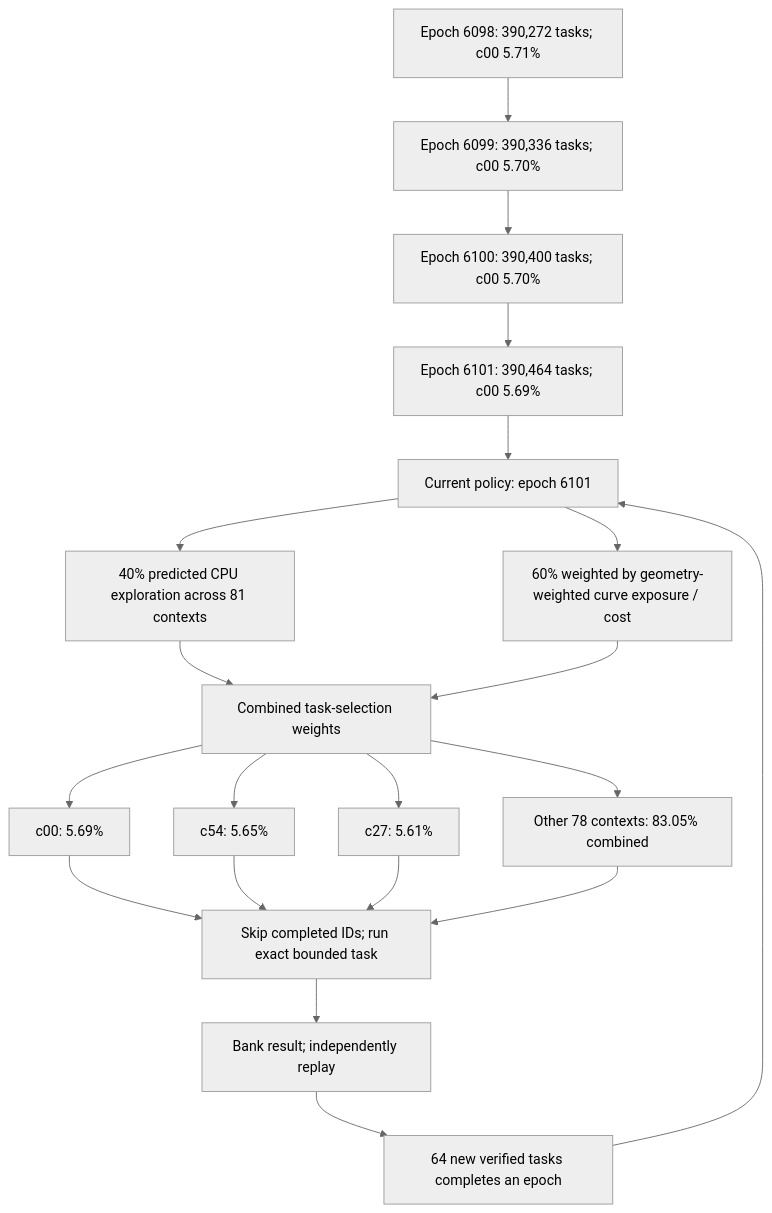
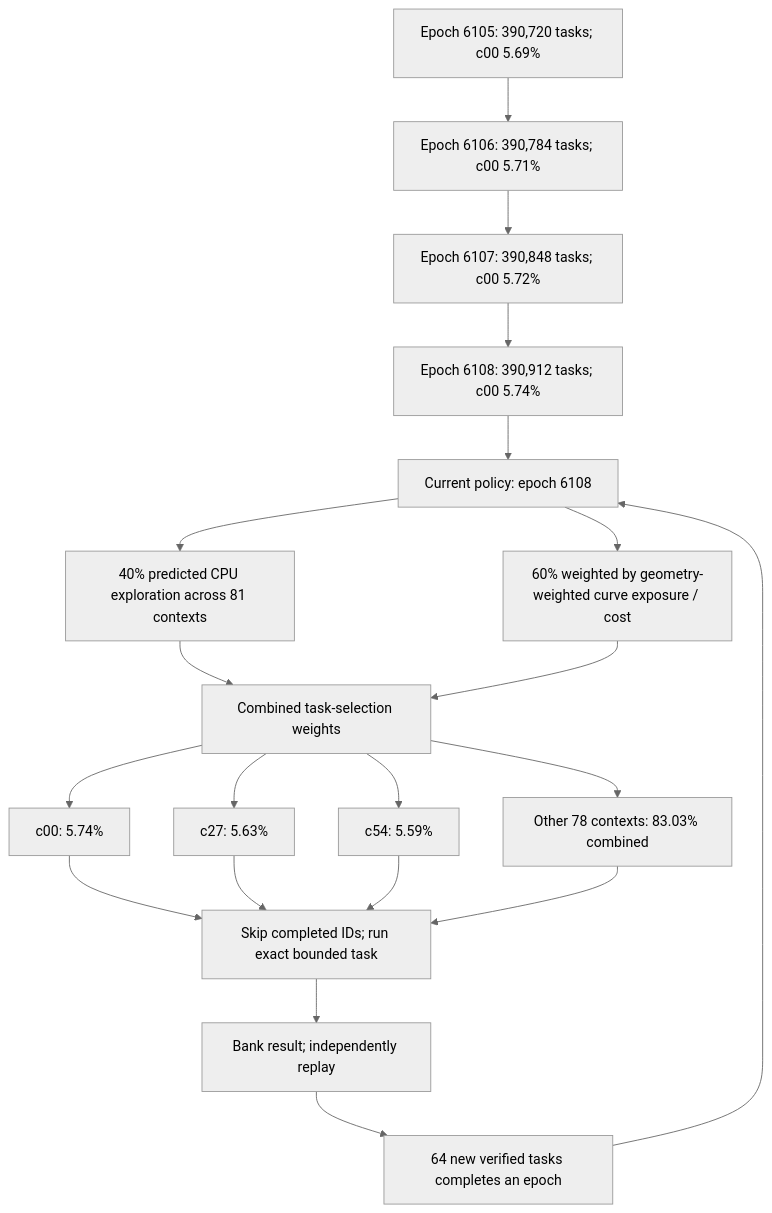
Before and after one commit to Kuberwastaken/math-gambling: the first of 4 diagrams in README.md, drawn with Mermaid (neutral theme). The commit also changed other lines of this file and 1479 other files, not shown here.

````diff
--- a/README.md
+++ b/README.md
@@ -60,27 +60,27 @@
 ```mermaid
 flowchart TD
-    H0["Epoch 6098: 390,272 tasks; c00 5.71%"]
-    H1["Epoch 6099: 390,336 tasks; c00 5.70%"]
+    H0["Epoch 6105: 390,720 tasks; c00 5.69%"]
+    H1["Epoch 6106: 390,784 tasks; c00 5.71%"]
     H0 --> H1
-    H2["Epoch 6100: 390,400 tasks; c00 5.70%"]
+    H2["Epoch 6107: 390,848 tasks; c00 5.72%"]
     H1 --> H2
-    H3["Epoch 6101: 390,464 tasks; c00 5.69%"]
+    H3["Epoch 6108: 390,912 tasks; c00 5.74%"]
     H2 --> H3
-    Policy["Current policy: epoch 6101"]
+    Policy["Current policy: epoch 6108"]
     H3 --> Policy
     Policy --> Explore["40% predicted CPU exploration across 81 contexts"]
     Policy --> Cost["60% weighted by geometry-weighted curve exposure / cost"]
     Explore --> Mix["Combined task-selection weights"]
     Cost --> Mix
-    Mix --> C0["c00: 5.69%"]
-    Mix --> C1["c54: 5.65%"]
-    Mix --> C2["c27: 5.61%"]
-    Mix --> Rest["Other 78 contexts: 83.05% combined"]
+    Mix --> C0["c00: 5.74%"]
+    Mix --> C1["c27: 5.63%"]
+    Mix --> C2["c54: 5.59%"]
+    Mix --> Rest["Other 78 contexts: 83.03% combined"]
     C0 --> Check["Skip completed IDs; run exact bounded task"]
     C1 --> Check
     C2 --> Check
     Rest --> Check
     Check --> Replay["Bank result; independently replay"]
     Replay --> Gate["64 new verified tasks completes an epoch"]
     Gate --> Policy
 ```
````
